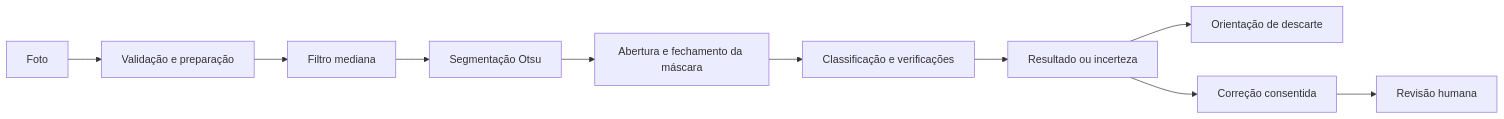
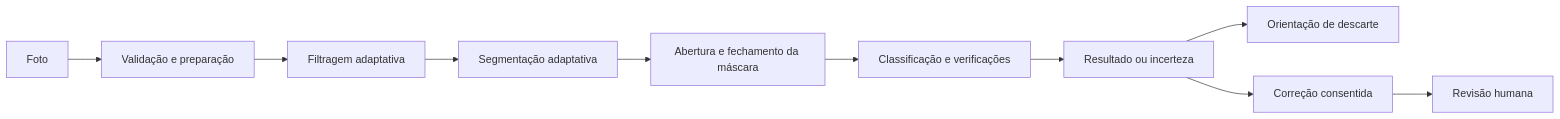
The diagram in README.md (Gabrielhamad/ecoscan), drawn with Mermaid before and after one commit. The commit also changed other lines of this file and 15 other files, not shown here.

````diff
--- a/README.md
+++ b/README.md
@@ -70,12 +89,12 @@
 ```mermaid
 flowchart LR
     A[Foto] --> B[Validação e preparação]
-    B --> C[Filtro mediana]
-    C --> D[Segmentação Otsu]
+    B --> C[Filtragem adaptativa]
+    C --> D[Segmentação adaptativa]
     D --> M[Abertura e fechamento da máscara]
     M --> E[Classificação e verificações]
     E --> F[Resultado ou incerteza]
     F --> G[Orientação de descarte]
     F --> H[Correção consentida]
     H --> I[Revisão humana]
 ```
````
